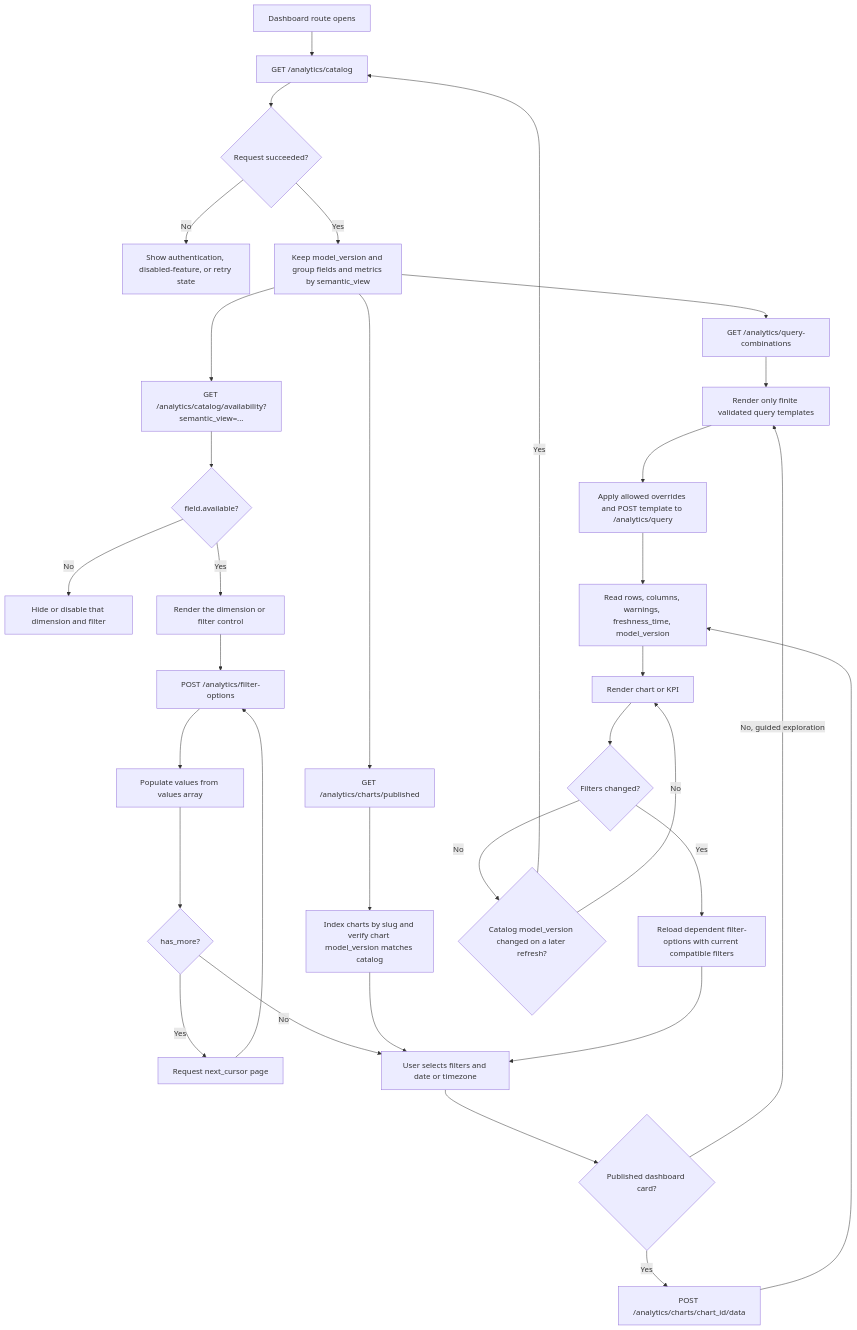
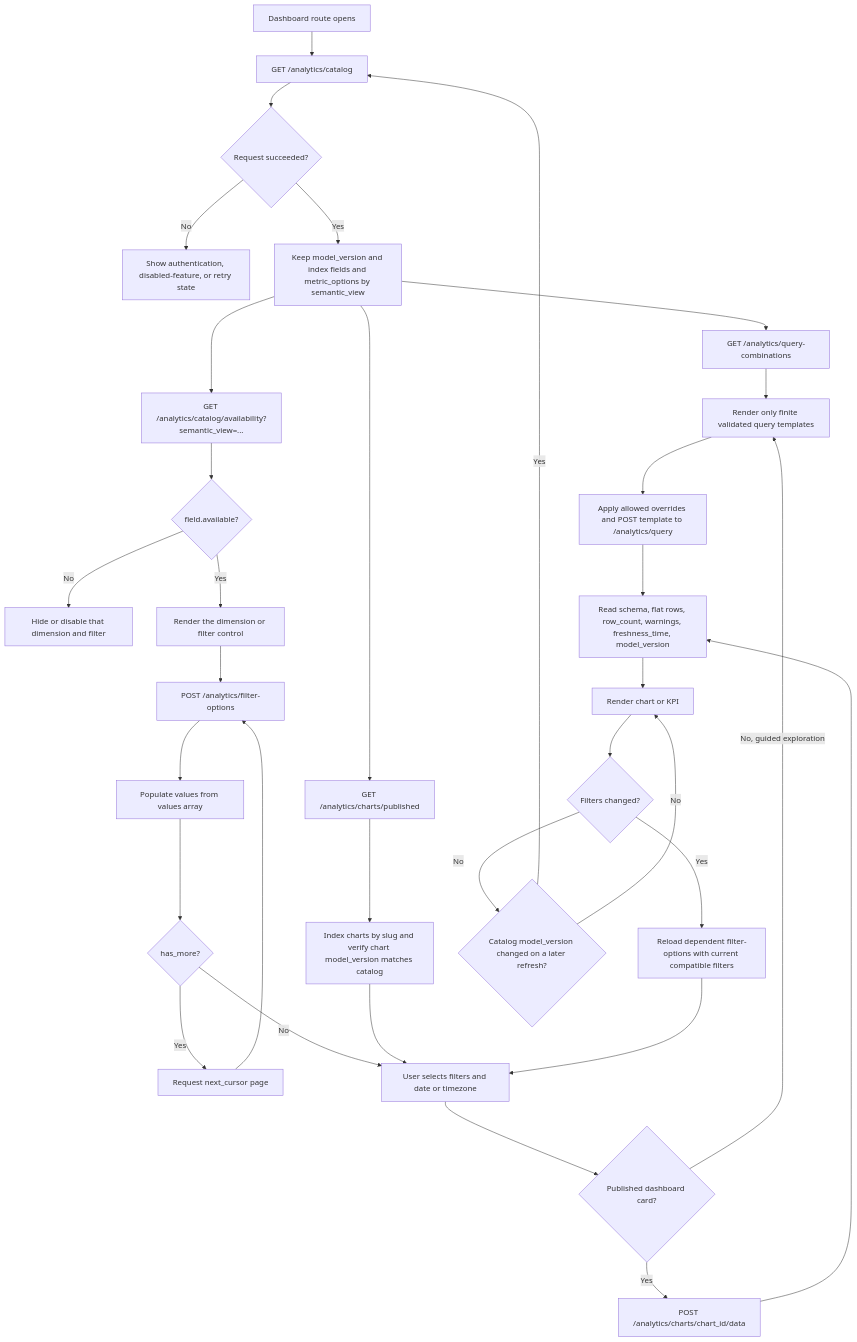
Before and after one commit to jimmy0905/CLS-2-Backend: the first of 3 diagrams in docs/FRONTEND_DASHBOARD_ANALYTICS_WORKFLOW.md, drawn with Mermaid. The commit also changed other lines of this file and 21 other files, not shown here.

````diff
--- a/docs/FRONTEND_DASHBOARD_ANALYTICS_WORKFLOW.md
+++ b/docs/FRONTEND_DASHBOARD_ANALYTICS_WORKFLOW.md
@@ -13,40 +13,40 @@
 ```mermaid
 flowchart TD
     A[Dashboard route opens] --> B[GET /analytics/catalog]
     B --> C{Request succeeded?}
     C -- No --> C1[Show authentication, disabled-feature, or retry state]
-    C -- Yes --> D[Keep model_version and group fields and metrics by semantic_view]
+    C -- Yes --> D[Keep model_version and index fields and metric_options by semantic_view]
     D --> V[GET /analytics/query-combinations]
     V --> V1[Render only finite validated query templates]
 
     D --> E[GET /analytics/catalog/availability?semantic_view=...]
     E --> F{field.available?}
     F -- No --> F1[Hide or disable that dimension and filter]
     F -- Yes --> G[Render the dimension or filter control]
 
     D --> H[GET /analytics/charts/published]
     H --> I[Index charts by slug and verify chart model_version matches catalog]
 
     G --> J[POST /analytics/filter-options]
     J --> K[Populate values from values array]
     K --> L{has_more?}
     L -- Yes --> J1[Request next_cursor page]
     J1 --> J
     L -- No --> M[User selects filters and date or timezone]
     I --> M
 
     M --> N{Published dashboard card?}
     N -- Yes --> O[POST /analytics/charts/chart_id/data]
     N -- No, guided exploration --> V1
     V1 --> P[Apply allowed overrides and POST template to /analytics/query]
-    O --> Q[Read rows, columns, warnings, freshness_time, model_version]
+    O --> Q[Read schema, flat rows, row_count, warnings, freshness_time, model_version]
     P --> Q
     Q --> R[Render chart or KPI]
 
     R --> S{Filters changed?}
     S -- Yes --> T[Reload dependent filter-options with current compatible filters]
     T --> M
     S -- No --> U{Catalog model_version changed on a later refresh?}
     U -- Yes --> B
     U -- No --> R
 ```
````
